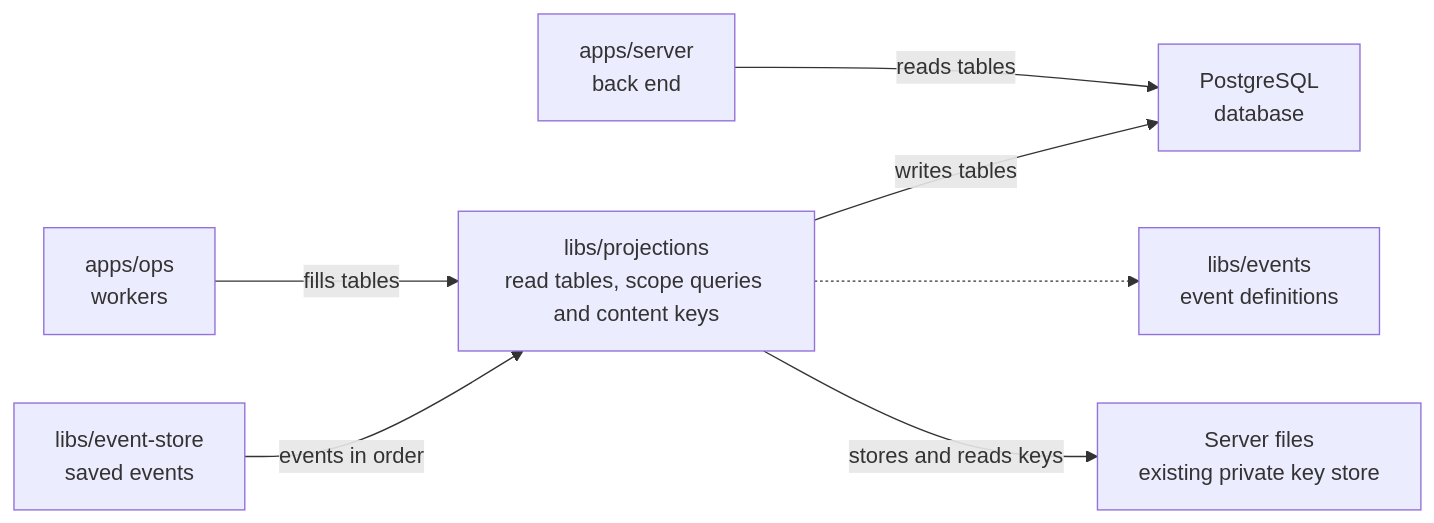
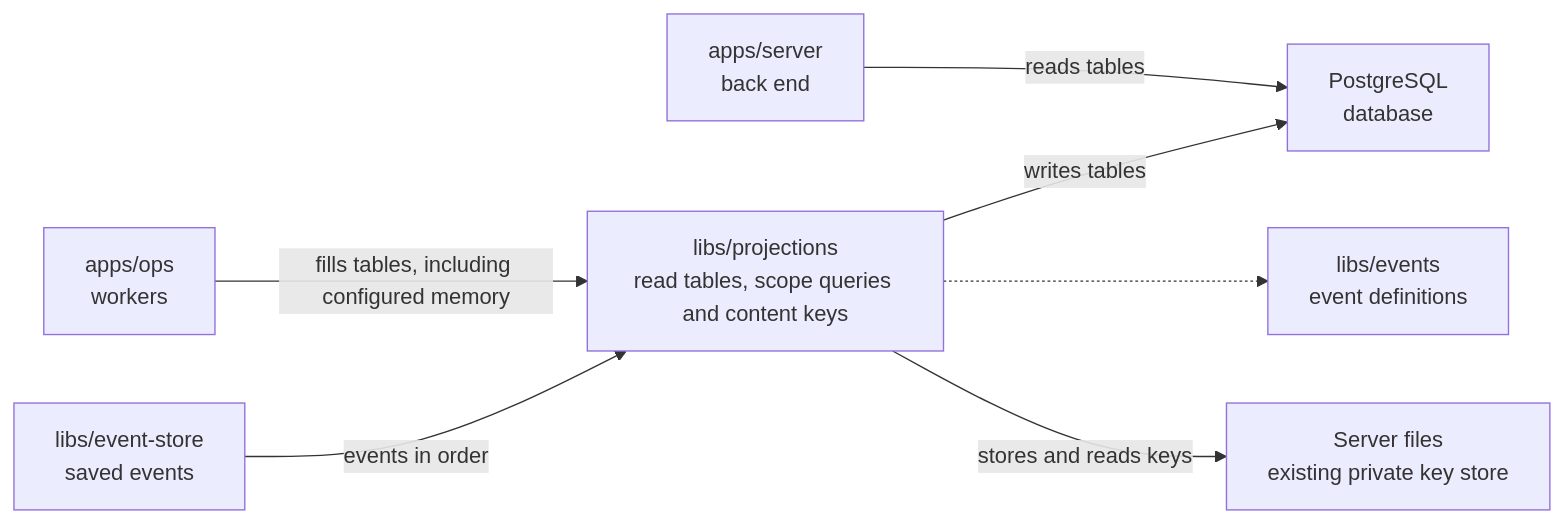
The diagram in libs/projections/README.md (elewa-git/opencrane-new), drawn with Mermaid before and after one commit. The commit also changed other lines of this file and 22 other files, not shown here.

````diff
--- a/libs/projections/README.md
+++ b/libs/projections/README.md
@@ -23,9 +23,9 @@
 ```mermaid
 flowchart LR
-  ops["apps/ops<br/>workers"] -->|fills tables| projections["libs/projections<br/>read tables, scope queries and content keys"]
+  ops["apps/ops<br/>workers"] -->|fills tables, including configured memory| projections["libs/projections<br/>read tables, scope queries and content keys"]
   server["apps/server<br/>back end"] -->|reads tables| pg["PostgreSQL<br/>database"]
   projections -->|writes tables| pg
   store["libs/event-store<br/>saved events"] -->|events in order| projections
   projections -.-> events["libs/events<br/>event definitions"]
   projections -->|stores and reads keys| keys["Server files<br/>existing private key store"]
 ```
````
